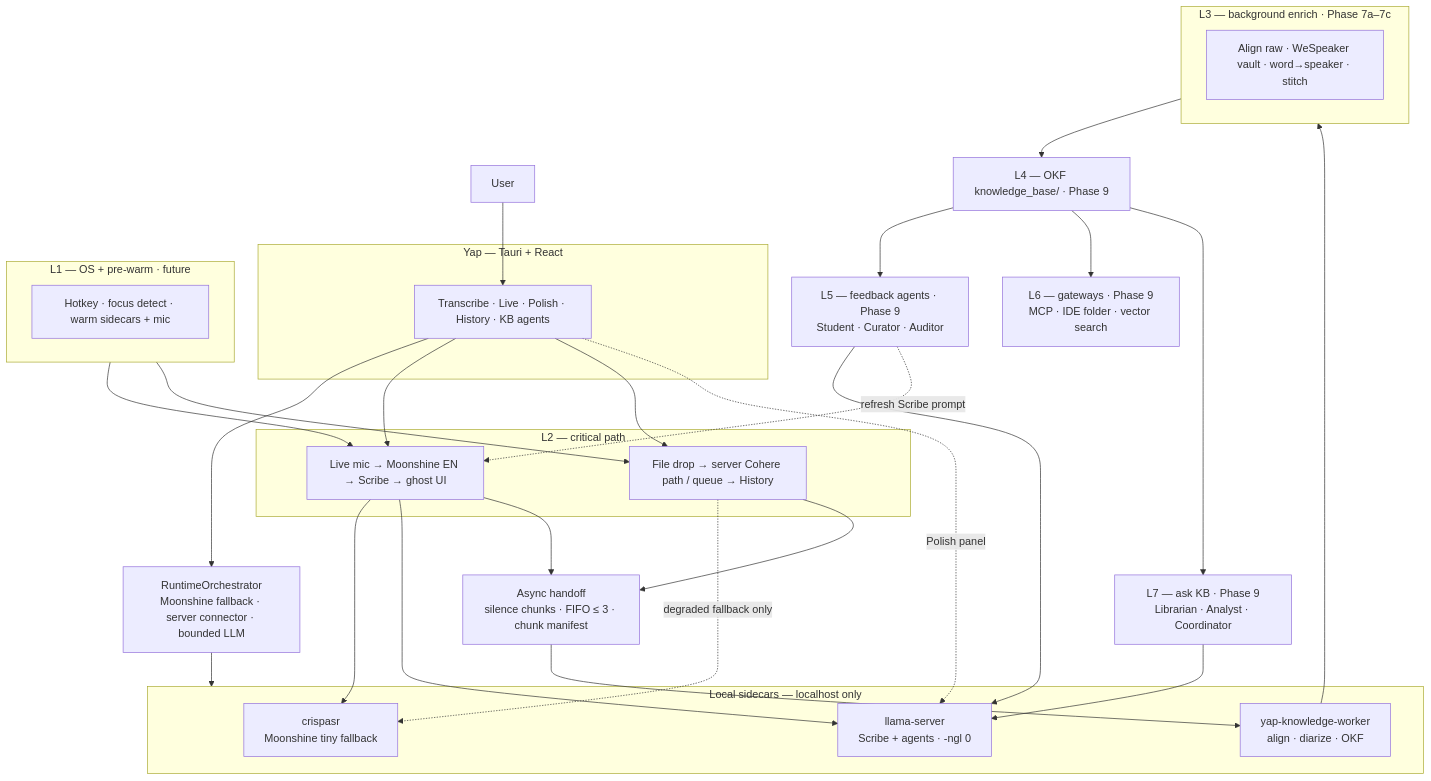
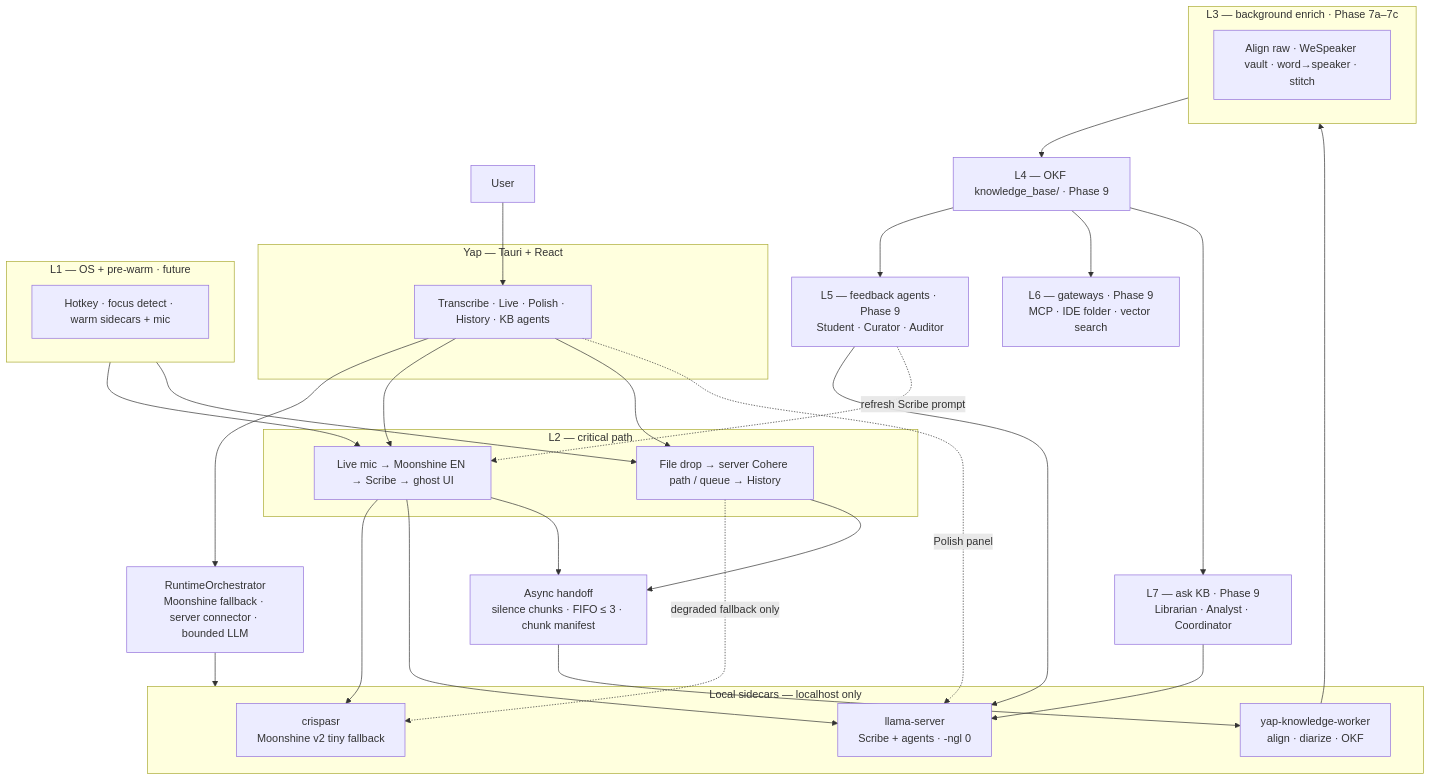
Before and after one commit to mcnatg1/yap: the first of 4 diagrams in docs/VOICE-OS-ARCHITECTURE.md, drawn with Mermaid. The commit also changed other lines of this file and 19 other files, not shown here.

Commit message:
feat: align live fallback with moonshine v2 tiny

````diff
--- a/docs/VOICE-OS-ARCHITECTURE.md
+++ b/docs/VOICE-OS-ARCHITECTURE.md
@@ -107,53 +107,53 @@
 ```mermaid
 flowchart TB
     User["User"]
 
     subgraph Yap["Yap — Tauri + React"]
         UI["Transcribe · Live · Polish · History · KB agents"]
     end
 
     Orch["RuntimeOrchestrator<br/>Moonshine fallback · server connector · bounded LLM"]
 
     subgraph Sidecars["Local sidecars — localhost only"]
-        CR["crispasr<br/>Moonshine tiny fallback"]
+        CR["crispasr<br/>Moonshine v2 tiny fallback"]
         LL["llama-server<br/>Scribe + agents · -ngl 0"]
         KW["yap-knowledge-worker<br/>align · diarize · OKF"]
     end
 
     subgraph L1["L1 — OS + pre-warm · future"]
         L1n["Hotkey · focus detect · warm sidecars + mic"]
     end
 
     subgraph L2["L2 — critical path"]
         Live["Live mic → Moonshine EN → Scribe → ghost UI"]
         Batch["File drop → server Cohere path / queue → History"]
     end
 
     Handoff["Async handoff<br/>silence chunks · FIFO ≤ 3 · chunk manifest"]
 
     subgraph L3["L3 — background enrich · Phase 7a–7c"]
         L3n["Align raw · WeSpeaker vault · word→speaker · stitch"]
     end
 
     L4["L4 — OKF knowledge_base/ · Phase 9"]
     L5["L5 — feedback agents · Phase 9<br/>Student · Curator · Auditor"]
     L6["L6 — gateways · Phase 9<br/>MCP · IDE folder · vector search"]
     L7["L7 — ask KB · Phase 9<br/>Librarian · Analyst · Coordinator"]
 
     User --> UI --> Orch
     Orch --> Sidecars
     L1 --> Live
     L1 --> Batch
     UI --> Live
     UI --> Batch
     Live --> CR & LL
     Batch -.->|degraded fallback only| CR
     UI -.->|Polish panel| LL
     Live --> Handoff
     Batch --> Handoff
     Handoff --> KW --> L3 --> L4
     L4 --> L5 & L6 & L7
     L5 --> LL
     L7 --> LL
     L5 -.->|refresh Scribe prompt| Live
 ```
````
